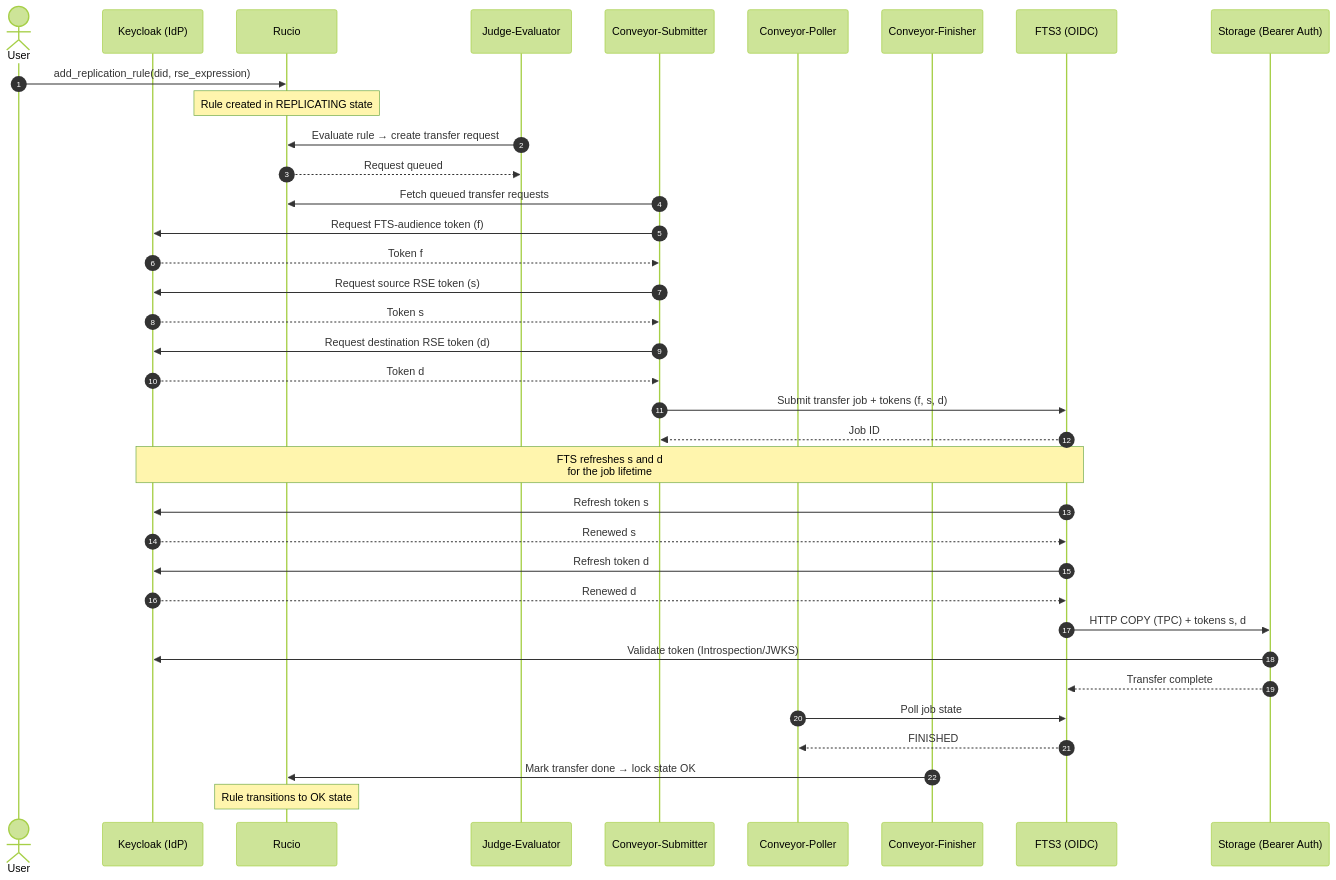
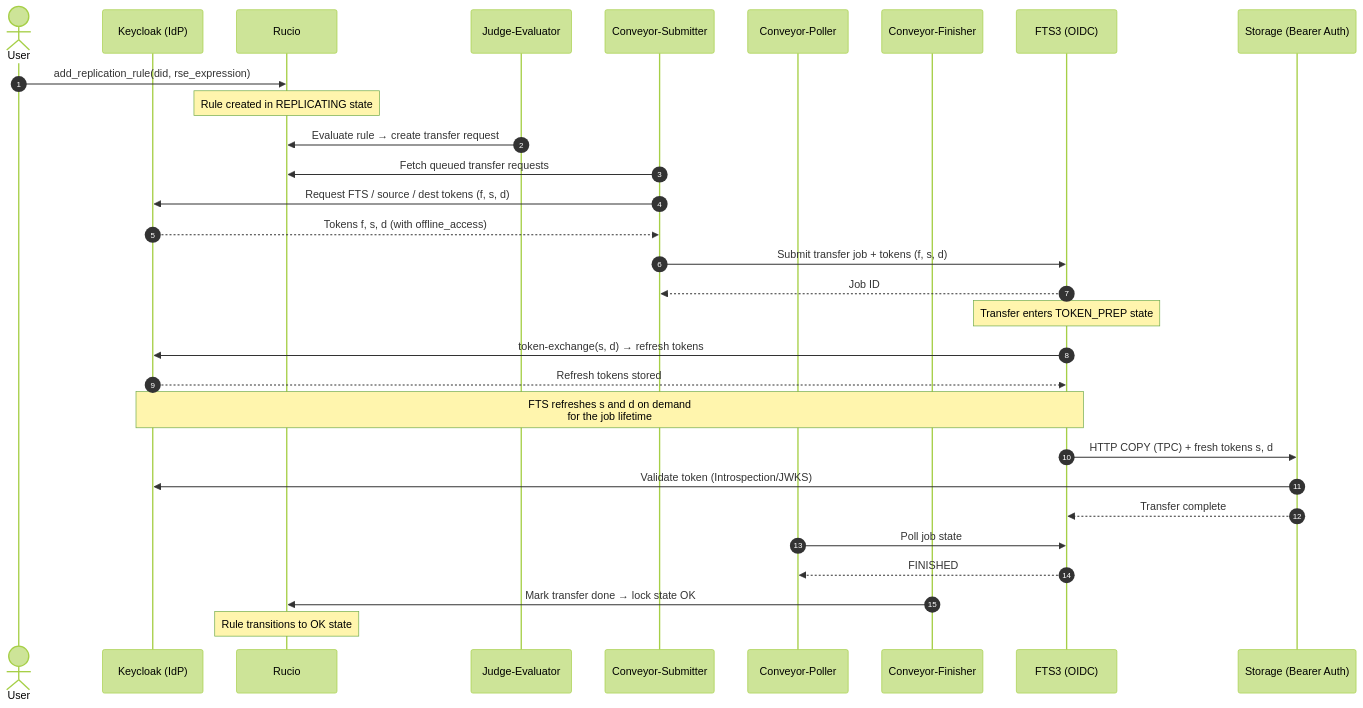
The first of 3 diagrams in docs/high-level-flows.md (RI-SCALE/dep-dlm-testbed), drawn with Mermaid (forest theme) before and after one commit. The commit also changed other lines of this file and 7 other files, not shown here.

First line of the commit message:
docs: conclude FTS token-exchange investigation; keep non-breaking config

````diff
--- a/docs/high-level-flows.md
+++ b/docs/high-level-flows.md
@@ -14,44 +23,32 @@
 ```mermaid
 sequenceDiagram
     autonumber
     actor User
     participant KC as Keycloak (IdP)
     participant RS as Rucio
     participant JE as Judge-Evaluator
     participant CS as Conveyor-Submitter
     participant CP as Conveyor-Poller
     participant CF as Conveyor-Finisher
     participant FTS as FTS3 (OIDC)
     participant SE as Storage (Bearer Auth)
-
     User->>RS: add_replication_rule(did, rse_expression)
     NOTE over RS: Rule created in REPLICATING state
-
     JE->>RS: Evaluate rule → create transfer request
-    RS-->>JE: Request queued
-
     CS->>RS: Fetch queued transfer requests
-    CS->>KC: Request FTS-audience token (f)
-    KC-->>CS: Token f
-    CS->>KC: Request source RSE token (s)
-    KC-->>CS: Token s
-    CS->>KC: Request destination RSE token (d)
-    KC-->>CS: Token d
+    CS->>KC: Request FTS / source / dest tokens (f, s, d)
+    KC-->>CS: Tokens f, s, d (with offline_access)
     CS->>FTS: Submit transfer job + tokens (f, s, d)
     FTS-->>CS: Job ID
-
-    NOTE over FTS,KC: FTS refreshes s and d<br/>for the job lifetime
-    FTS->>KC: Refresh token s
-    KC-->>FTS: Renewed s
-    FTS->>KC: Refresh token d
-    KC-->>FTS: Renewed d
-    FTS->>SE: HTTP COPY (TPC) + tokens s, d
+    NOTE over FTS: Transfer enters TOKEN_PREP state
+    FTS->>KC: token-exchange(s, d) → refresh tokens
+    KC-->>FTS: Refresh tokens stored
+    NOTE over FTS,KC: FTS refreshes s and d on demand<br/>for the job lifetime
+    FTS->>SE: HTTP COPY (TPC) + fresh tokens s, d
     SE->>KC: Validate token (Introspection/JWKS)
     SE-->>FTS: Transfer complete
-
     CP->>FTS: Poll job state
     FTS-->>CP: FINISHED
-
     CF->>RS: Mark transfer done → lock state OK
     NOTE over RS: Rule transitions to OK state
 ```
````
